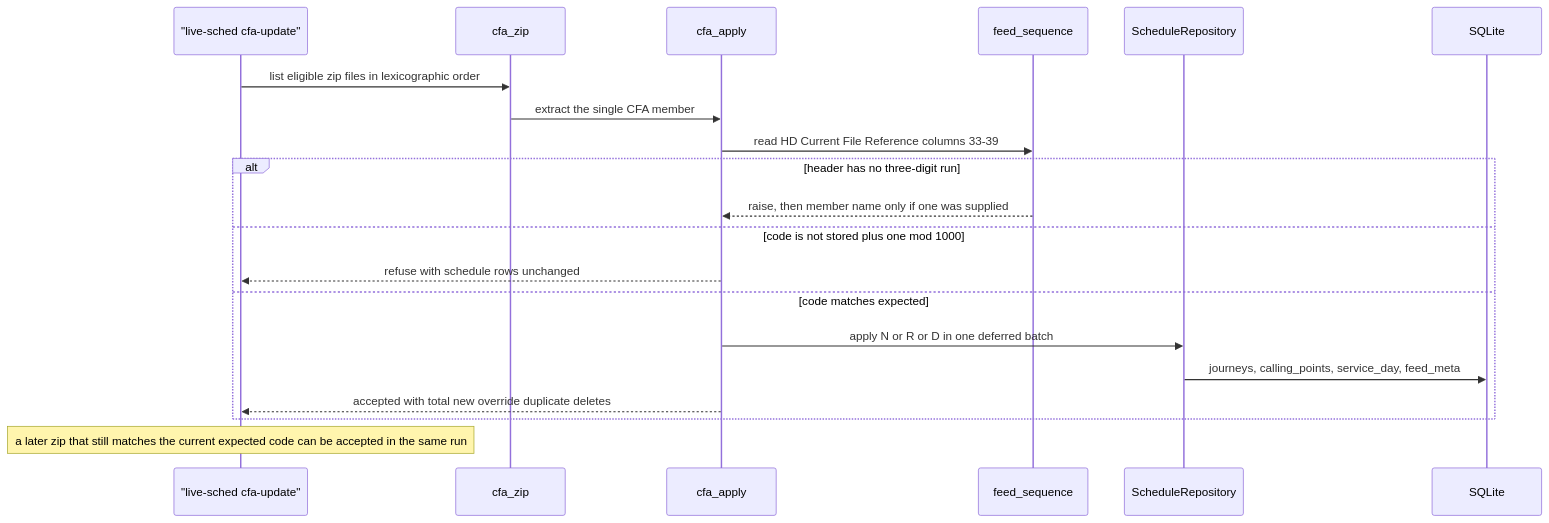
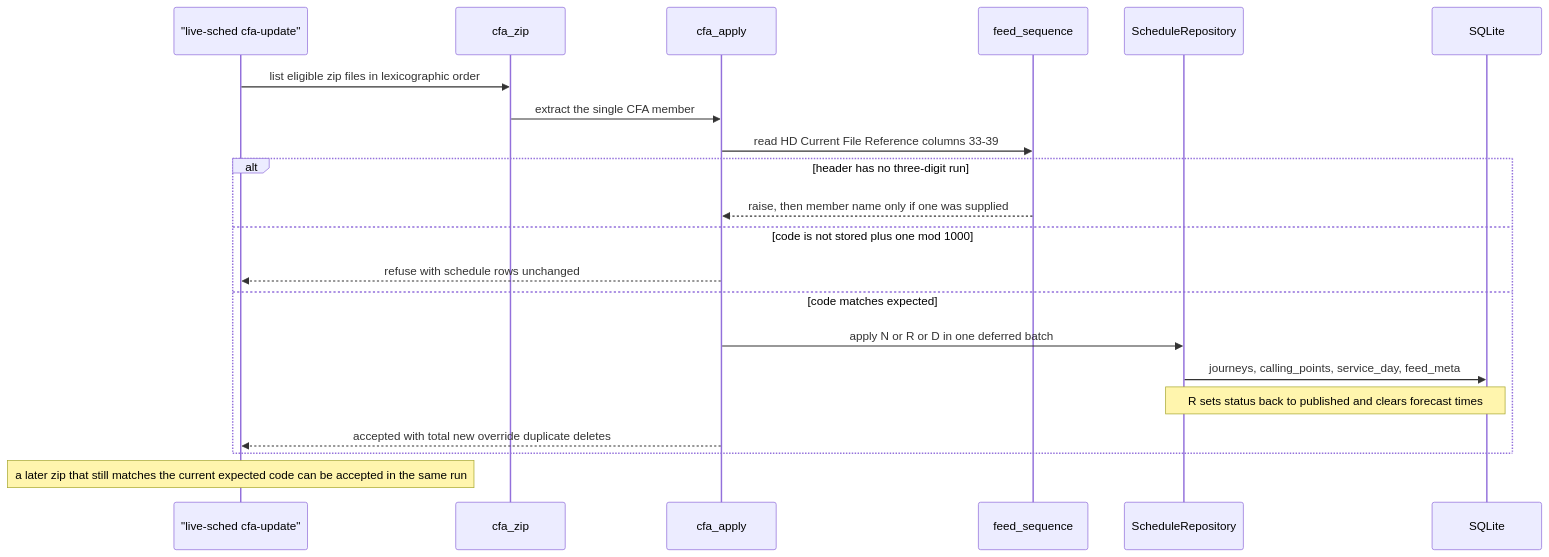
One commit to mazerunner70/uk-rail-tracker changed the third of 6 diagrams in aidlc/spaces/default/codekb/uk-rail-tracker/architecture.md. Above: the diagram before and after it, drawn with Mermaid. The commit also changed other lines of this file and 315 other files, not shown here.

````diff
--- a/aidlc/spaces/default/codekb/uk-rail-tracker/architecture.md
+++ b/aidlc/spaces/default/codekb/uk-rail-tracker/architecture.md
@@ -134,22 +135,23 @@
 ```mermaid
 sequenceDiagram
   participant CLI as "live-sched cfa-update"
   participant Zip as cfa_zip
   participant Apply as cfa_apply
   participant Gate as feed_sequence
   participant Repo as ScheduleRepository
   participant DB as SQLite
   CLI->>Zip: list eligible zip files in lexicographic order
   Zip->>Apply: extract the single CFA member
   Apply->>Gate: read HD Current File Reference columns 33-39
   alt header has no three-digit run
     Gate-->>Apply: raise, then member name only if one was supplied
   else code is not stored plus one mod 1000
     Apply-->>CLI: refuse with schedule rows unchanged
   else code matches expected
     Apply->>Repo: apply N or R or D in one deferred batch
     Repo->>DB: journeys, calling_points, service_day, feed_meta
+    Note over Repo,DB: R sets status back to published and clears forecast times
     Apply-->>CLI: accepted with total new override duplicate deletes
   end
   Note over CLI: a later zip that still matches the current expected code can be accepted in the same run
 ```
````
